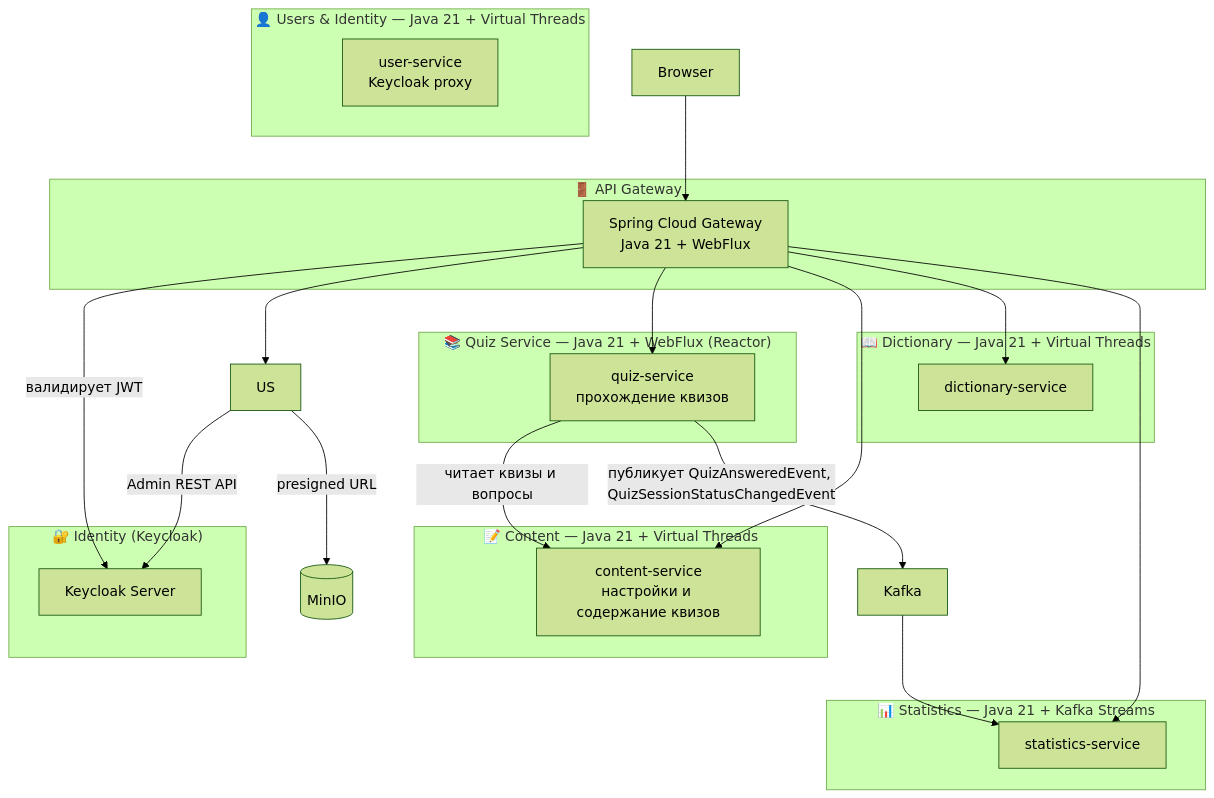
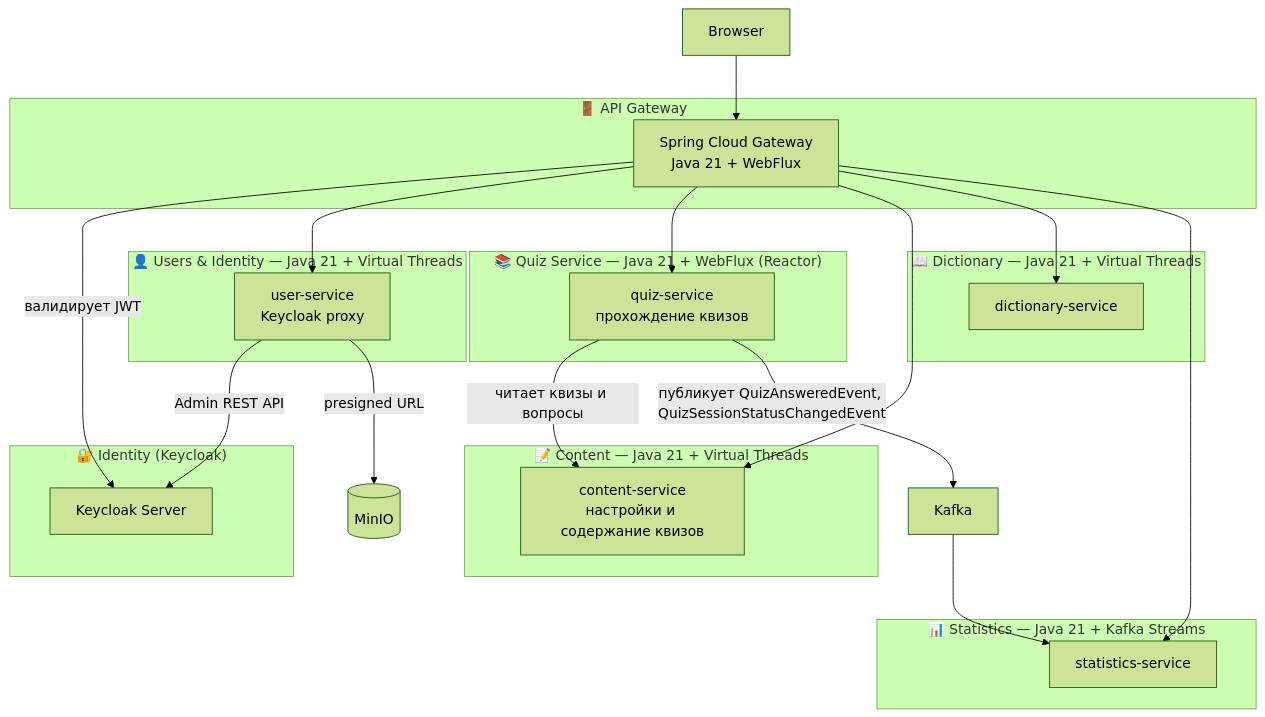
Before and after one commit to sergijm/samskrtam: the diagram in docs/README.md, drawn with Mermaid (forest theme). The commit also changed other lines of this file and 56 other files, not shown here.

````diff
--- a/docs/README.md
+++ b/docs/README.md
@@ -59,43 +58,43 @@
 ```mermaid
 graph TD
   subgraph Identity ["🔐 Identity (Keycloak)"]
     KC[Keycloak Server]
   end
 
   subgraph Gateway ["🚪 API Gateway"]
     GW[Spring Cloud Gateway\nJava 21 + WebFlux]
   end
 
   subgraph IdentityUsers ["👤 Users & Identity — Java 21 + Virtual Threads"]
-    AS[user-service\nKeycloak proxy]
+    US[user-service\nKeycloak proxy]
   end
 
   subgraph Content ["📝 Content — Java 21 + Virtual Threads"]
     CS[content-service\nнастройки и содержание квизов]
   end
 
   subgraph Quiz ["📚 Quiz Service — Java 21 + WebFlux (Reactor)"]
     QS[quiz-service\nпрохождение квизов]
   end
 
   subgraph Dictionary ["📖 Dictionary — Java 21 + Virtual Threads"]
     DS[dictionary-service]
   end
 
   subgraph Stats ["📊 Statistics — Java 21 + Kafka Streams"]
     ST[statistics-service]
   end
 
   Browser --> GW
   GW -->|валидирует JWT| KC
   GW --> US
   US -->|Admin REST API| KC
   US -->|presigned URL| MinIO[(MinIO)]
   GW --> QS
   GW --> CS
   GW --> DS
   GW --> ST
   QS -->|читает квизы и вопросы| CS
   QS -->|публикует QuizAnsweredEvent, QuizSessionStatusChangedEvent| Kafka
   Kafka --> ST
 ```
````
